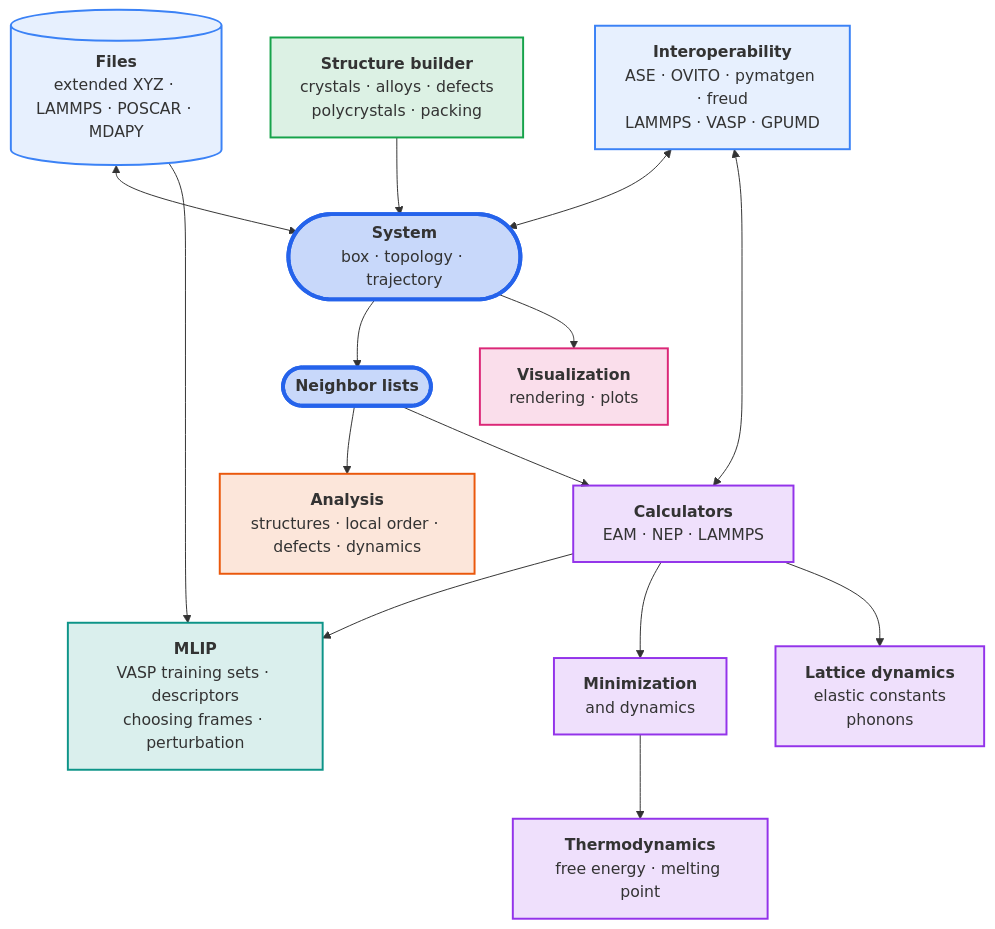
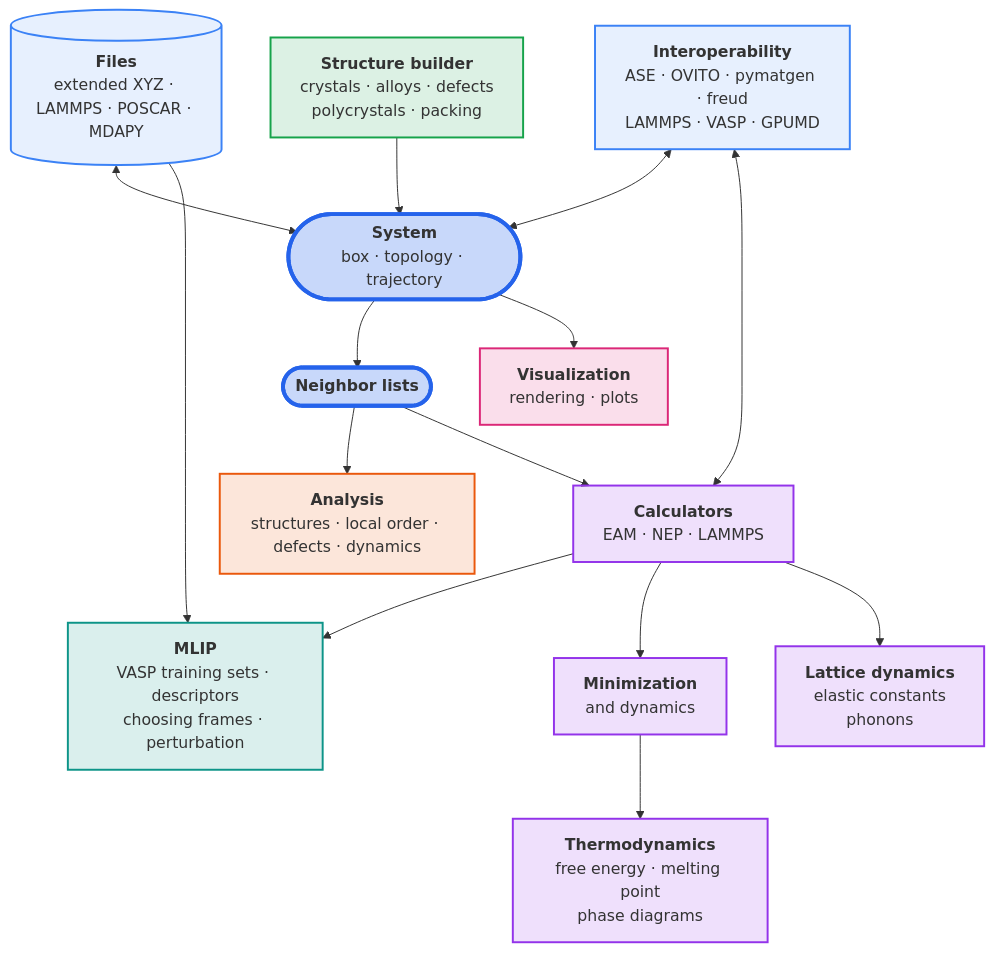
The diagram in docs/index.md (mushroomfire/mdapy), drawn with Mermaid before and after one commit.

Commit message:
The home page names phase diagrams in its map

````diff
--- a/docs/index.md
+++ b/docs/index.md
@@ -26,44 +26,44 @@
 ```mermaid
 flowchart TB
     files[("<b>Files</b><br/>extended XYZ · LAMMPS · POSCAR · MDAPY")]
     build["<b>Structure builder</b><br/>crystals · alloys · defects<br/>polycrystals · packing"]
     system(["<b>System</b><br/>box · topology · trajectory"])
     neighbors(["<b>Neighbor lists</b>"])
     visual["<b>Visualization</b><br/>rendering · plots"]
     mlip["<b>MLIP</b><br/>VASP training sets · descriptors<br/>choosing frames · perturbation"]
     analysis["<b>Analysis</b><br/>structures · local order · defects · dynamics"]
     calculators["<b>Calculators</b><br/>EAM · NEP · LAMMPS"]
     minimization["<b>Minimization</b><br/>and dynamics"]
     lattice["<b>Lattice dynamics</b><br/>elastic constants<br/>phonons"]
-    thermodynamics["<b>Thermodynamics</b><br/>free energy · melting point"]
+    thermodynamics["<b>Thermodynamics</b><br/>free energy · melting point<br/>phase diagrams"]
     packages["<b>Interoperability</b><br/>ASE · OVITO · pymatgen · freud<br/>LAMMPS · VASP · GPUMD"]
 
     files <--> system
     build --> system
     packages <--> system
     packages <--> calculators
     system --> neighbors
     system --> visual
     files --> mlip
     calculators --> mlip
     neighbors --> analysis
     neighbors --> calculators
     calculators --> minimization
     calculators --> lattice
     minimization --> thermodynamics
 
     classDef core fill:#2563eb40,stroke:#2563eb,stroke-width:4px
     classDef data fill:#3b82f61f,stroke:#3b82f6,stroke-width:2px
     classDef analysis fill:#ea580c26,stroke:#ea580c,stroke-width:2px
     classDef simulation fill:#9333ea26,stroke:#9333ea,stroke-width:2px
     classDef build fill:#16a34a26,stroke:#16a34a,stroke-width:2px
     classDef visual fill:#db277726,stroke:#db2777,stroke-width:2px
     classDef mlip fill:#0d948826,stroke:#0d9488,stroke-width:2px
     class system,neighbors core
     class files,packages data
     class analysis analysis
     class calculators,minimization,lattice,thermodynamics simulation
     class build build
     class visual visual
     class mlip mlip
 ```
````
